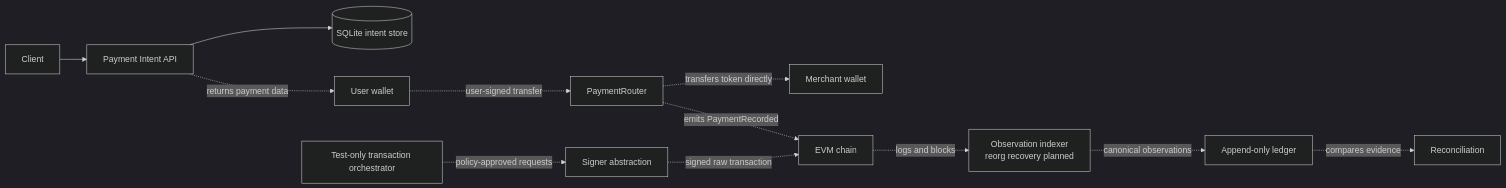
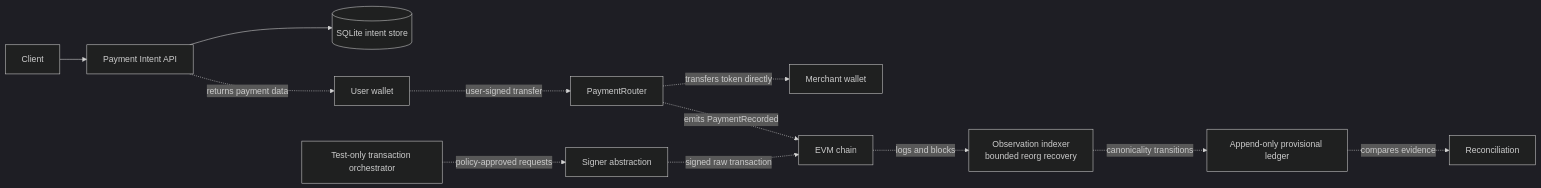
Before and after one commit to xiaocaiisxiaocai/dotnet-evm-payment-sandbox: the second of 2 diagrams in docs/architecture.md, drawn with Mermaid (dark theme). The commit also changed other lines of this file and 33 other files, not shown here.

````diff
--- a/docs/architecture.md
+++ b/docs/architecture.md
@@ -182,15 +221,15 @@
 ```mermaid
 flowchart LR
     Client[Client] --> API[Payment Intent API]
     API --> IntentStore[(SQLite intent store)]
     API -. returns payment data .-> Wallet[User wallet]
     Wallet -. user-signed transfer .-> Router[PaymentRouter]
     Router -. transfers token directly .-> Merchant[Merchant wallet]
     Router -. emits PaymentRecorded .-> Chain[EVM chain]
-    Chain -. logs and blocks .-> Indexer[Observation indexer<br/>reorg recovery planned]
-    Indexer -. canonical observations .-> Ledger[Append-only ledger]
+    Chain -. logs and blocks .-> Indexer[Observation indexer<br/>bounded reorg recovery]
+    Indexer -. canonicality transitions .-> Ledger[Append-only provisional ledger]
     Ledger -. compares evidence .-> Reconcile[Reconciliation]
 
     Orchestrator[Test-only transaction orchestrator] -. policy-approved requests .-> Signer[Signer abstraction]
     Signer -. signed raw transaction .-> Chain
 ```
````
